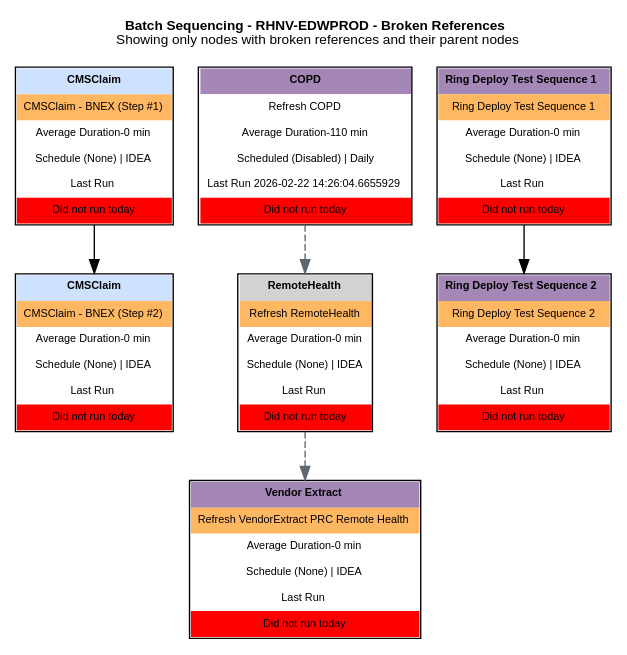
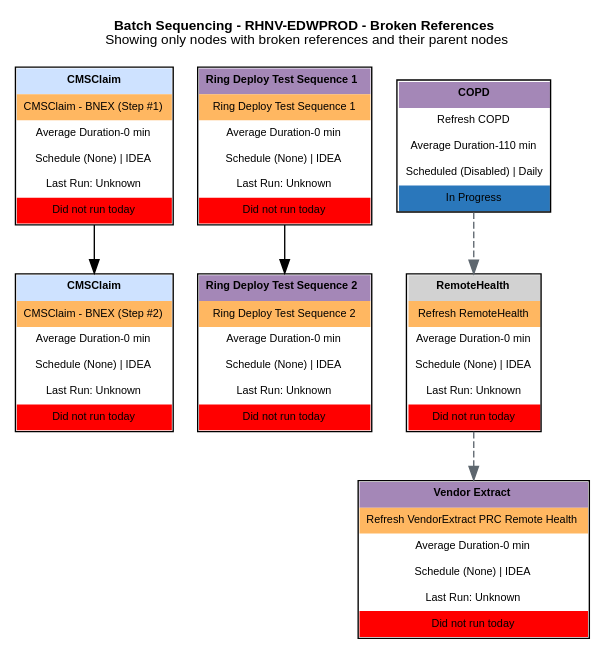
The diagram in ShowBatchSequences/GraphViz/BatchSequenceDetail-IDEA_RHNV-EDWPROD.RHNV.HOSTED_BrokenRefs.gv (ronaldodiyar58811-prog/Ronalds-Random-Scripts), drawn with Graphviz before and after one commit. The commit also changed 88 other files, not shown here.

```diff
--- a/ShowBatchSequences/GraphViz/BatchSequenceDetail-IDEA_RHNV-EDWPROD.RHNV.HOSTED_BrokenRefs.gv
+++ b/ShowBatchSequences/GraphViz/BatchSequenceDetail-IDEA_RHNV-EDWPROD.RHNV.HOSTED_BrokenRefs.gv
@@ -1,16 +1,16 @@
 digraph "Batch Sequencing - RHNV-EDWPROD"{
     graph [layout=dot, fontname=Arial, fontsize=10, labelloc=t, label=<<b>Batch Sequencing - RHNV-EDWPROD - Broken References</b><br />Showing only nodes with broken references and their parent nodes<br /> >];
     node [shape=none, margin=0, fontname=Arial, fontsize=8];
-    "CMSClaim.CMSClaim - BNEX (Step #1)" [label=<<table border="1" cellspacing="0" cellpadding="5" cellborder="0"><tr><td bgcolor="#cee2ffff"><b>CMSClaim</b></td></tr><tr><td bgcolor="#ffb255ed" data-cell-info="Broken References">CMSClaim - BNEX (Step #1)</td></tr><tr><td>Average Duration-0 min</td></tr><tr><td>Schedule (None) | IDEA</td></tr><tr><td>Last Run </td></tr><tr><td bgcolor="#FF0000" style="color: #ffffff">Did not run today</td></tr></table>>];
-     "COPD.Refresh COPD" [label=<<table border="1" cellspacing="0" cellpadding="5" cellborder="0"><tr><td bgcolor="#a487b7"><b>COPD</b></td></tr><tr><td bgcolor="#ffffff">Refresh COPD</td></tr><tr><td>Average Duration-110 min</td></tr><tr><td>Scheduled (Disabled) | Daily</td></tr><tr><td>Last Run 2026-02-22 14:26:04.6655929</td></tr><tr><td bgcolor="#FF0000" style="color: #ffffff">Did not run today</td></tr></table>>];
-     "Ring Deploy Test Sequence 1.Ring Deploy Test Sequence 1" [label=<<table border="1" cellspacing="0" cellpadding="5" cellborder="0"><tr><td bgcolor="#a487b7"><b>Ring Deploy Test Sequence 1</b></td></tr><tr><td bgcolor="#ffb255ed" data-cell-info="Broken References">Ring Deploy Test Sequence 1</td></tr><tr><td>Average Duration-0 min</td></tr><tr><td>Schedule (None) | IDEA</td></tr><tr><td>Last Run </td></tr><tr><td bgcolor="#FF0000" style="color: #ffffff">Did not run today</td></tr></table>>];
-     "CMSClaim.CMSClaim - BNEX (Step #2)" [label=<<table border="1" cellspacing="0" cellpadding="5" cellborder="0"><tr><td bgcolor="#cee2ffff"><b>CMSClaim</b></td></tr><tr><td bgcolor="#ffb255ed" data-cell-info="Broken References">CMSClaim - BNEX (Step #2)</td></tr><tr><td>Average Duration-0 min</td></tr><tr><td>Schedule (None) | IDEA</td></tr><tr><td>Last Run </td></tr><tr><td bgcolor="#FF0000" style="color: #ffffff">Did not run today</td></tr></table>>];
-     "RemoteHealth.Refresh RemoteHealth" [label=<<table border="1" cellspacing="0" cellpadding="5" cellborder="0"><tr><td bgcolor="#cfcfcfed" data-cell-info="Broken References"><b>RemoteHealth</b></td></tr><tr><td bgcolor="#ffb255ed" data-cell-info="Broken References">Refresh RemoteHealth</td></tr><tr><td>Average Duration-0 min</td></tr><tr><td>Schedule (None) | IDEA</td></tr><tr><td>Last Run </td></tr><tr><td bgcolor="#FF0000" style="color: #ffffff">Did not run today</td></tr></table>>];
-     "Ring Deploy Test Sequence 2.Ring Deploy Test Sequence 2" [label=<<table border="1" cellspacing="0" cellpadding="5" cellborder="0"><tr><td bgcolor="#a487b7"><b>Ring Deploy Test Sequence 2</b></td></tr><tr><td bgcolor="#ffb255ed" data-cell-info="Broken References">Ring Deploy Test Sequence 2</td></tr><tr><td>Average Duration-0 min</td></tr><tr><td>Schedule (None) | IDEA</td></tr><tr><td>Last Run </td></tr><tr><td bgcolor="#FF0000" style="color: #ffffff">Did not run today</td></tr></table>>];
-     "Vendor Extract.Refresh VendorExtract PRC Remote Health" [label=<<table border="1" cellspacing="0" cellpadding="5" cellborder="0"><tr><td bgcolor="#a487b7"><b>Vendor Extract</b></td></tr><tr><td bgcolor="#ffb255ed" data-cell-info="Broken References">Refresh VendorExtract PRC Remote Health</td></tr><tr><td>Average Duration-0 min</td></tr><tr><td>Schedule (None) | IDEA</td></tr><tr><td>Last Run </td></tr><tr><td bgcolor="#FF0000" style="color: #ffffff">Did not run today</td></tr></table>>];
+    "CMSClaim.CMSClaim - BNEX (Step #1)" [label=<<table border="1" cellspacing="0" cellpadding="5" cellborder="0"><tr><td bgcolor="#cee2ffff"><b>CMSClaim</b></td></tr><tr><td bgcolor="#ffb255ed" data-cell-info="Broken References">CMSClaim - BNEX (Step #1)</td></tr><tr><td>Average Duration-0 min</td></tr><tr><td>Schedule (None) | IDEA</td></tr><tr><td>Last Run: Unknown</td></tr><tr><td bgcolor="#FF0000" style="color: #ffffff">Did not run today</td></tr></table>>];
+     "Ring Deploy Test Sequence 2.Ring Deploy Test Sequence 2" [label=<<table border="1" cellspacing="0" cellpadding="5" cellborder="0"><tr><td bgcolor="#a487b7"><b>Ring Deploy Test Sequence 2</b></td></tr><tr><td bgcolor="#ffb255ed" data-cell-info="Broken References">Ring Deploy Test Sequence 2</td></tr><tr><td>Average Duration-0 min</td></tr><tr><td>Schedule (None) | IDEA</td></tr><tr><td>Last Run: Unknown</td></tr><tr><td bgcolor="#FF0000" style="color: #ffffff">Did not run today</td></tr></table>>];
+     "CMSClaim.CMSClaim - BNEX (Step #2)" [label=<<table border="1" cellspacing="0" cellpadding="5" cellborder="0"><tr><td bgcolor="#cee2ffff"><b>CMSClaim</b></td></tr><tr><td bgcolor="#ffb255ed" data-cell-info="Broken References">CMSClaim - BNEX (Step #2)</td></tr><tr><td>Average Duration-0 min</td></tr><tr><td>Schedule (None) | IDEA</td></tr><tr><td>Last Run: Unknown</td></tr><tr><td bgcolor="#FF0000" style="color: #ffffff">Did not run today</td></tr></table>>];
+     "COPD.Refresh COPD" [label=<<table border="1" cellspacing="0" cellpadding="5" cellborder="0"><tr><td bgcolor="#a487b7"><b>COPD</b></td></tr><tr><td bgcolor="#ffffff">Refresh COPD</td></tr><tr><td>Average Duration-110 min</td></tr><tr><td>Scheduled (Disabled) | Daily</td></tr><tr><td bgcolor="#2a77bb">In Progress</td></tr></table>>];
+     "RemoteHealth.Refresh RemoteHealth" [label=<<table border="1" cellspacing="0" cellpadding="5" cellborder="0"><tr><td bgcolor="#cfcfcfed" data-cell-info="Broken References"><b>RemoteHealth</b></td></tr><tr><td bgcolor="#ffb255ed" data-cell-info="Broken References">Refresh RemoteHealth</td></tr><tr><td>Average Duration-0 min</td></tr><tr><td>Schedule (None) | IDEA</td></tr><tr><td>Last Run: Unknown</td></tr><tr><td bgcolor="#FF0000" style="color: #ffffff">Did not run today</td></tr></table>>];
+     "Ring Deploy Test Sequence 1.Ring Deploy Test Sequence 1" [label=<<table border="1" cellspacing="0" cellpadding="5" cellborder="0"><tr><td bgcolor="#a487b7"><b>Ring Deploy Test Sequence 1</b></td></tr><tr><td bgcolor="#ffb255ed" data-cell-info="Broken References">Ring Deploy Test Sequence 1</td></tr><tr><td>Average Duration-0 min</td></tr><tr><td>Schedule (None) | IDEA</td></tr><tr><td>Last Run: Unknown</td></tr><tr><td bgcolor="#FF0000" style="color: #ffffff">Did not run today</td></tr></table>>];
+     "Vendor Extract.Refresh VendorExtract PRC Remote Health" [label=<<table border="1" cellspacing="0" cellpadding="5" cellborder="0"><tr><td bgcolor="#a487b7"><b>Vendor Extract</b></td></tr><tr><td bgcolor="#ffb255ed" data-cell-info="Broken References">Refresh VendorExtract PRC Remote Health</td></tr><tr><td>Average Duration-0 min</td></tr><tr><td>Schedule (None) | IDEA</td></tr><tr><td>Last Run: Unknown</td></tr><tr><td bgcolor="#FF0000" style="color: #ffffff">Did not run today</td></tr></table>>];
 
     "COPD.Refresh COPD" -> "RemoteHealth.Refresh RemoteHealth" [href="https://rhnv-webprod.rhnv.hosted/IDEA-Web/applications/4/entry/49" style="dashed" color="#5E676F"]
      "CMSClaim.CMSClaim - BNEX (Step #1)" -> "CMSClaim.CMSClaim - BNEX (Step #2)" [href="https://rhnv-webprod.rhnv.hosted/IDEA-Web/applications/4/entry/29" target="_blank" rel="noopener noreferrer" style="solid"]
      "Ring Deploy Test Sequence 1.Ring Deploy Test Sequence 1" -> "Ring Deploy Test Sequence 2.Ring Deploy Test Sequence 2" [href="https://rhnv-webprod.rhnv.hosted/IDEA-Web/applications/4/entry/60" target="_blank" rel="noopener noreferrer" style="solid"]
      "RemoteHealth.Refresh RemoteHealth" -> "Vendor Extract.Refresh VendorExtract PRC Remote Health" [href="https://rhnv-webprod.rhnv.hosted/IDEA-Web/applications/4/entry/57" style="dashed" color="#5E676F"]
 }
```
